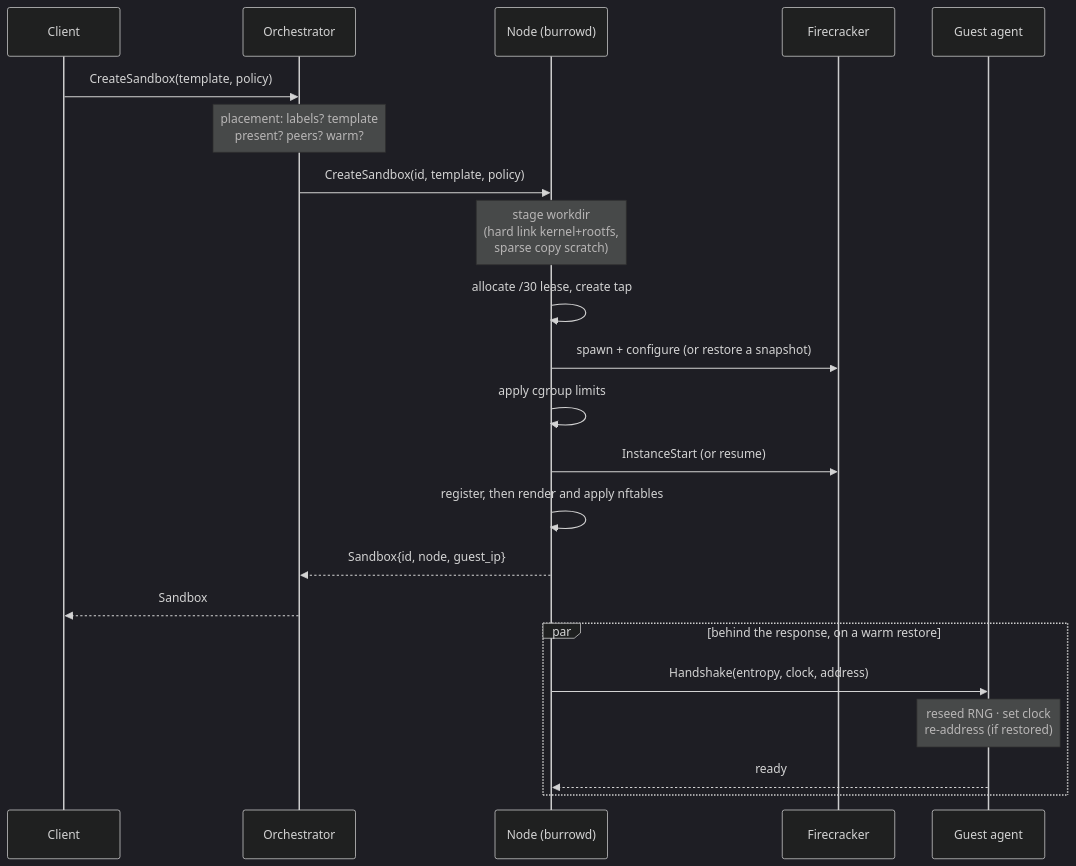
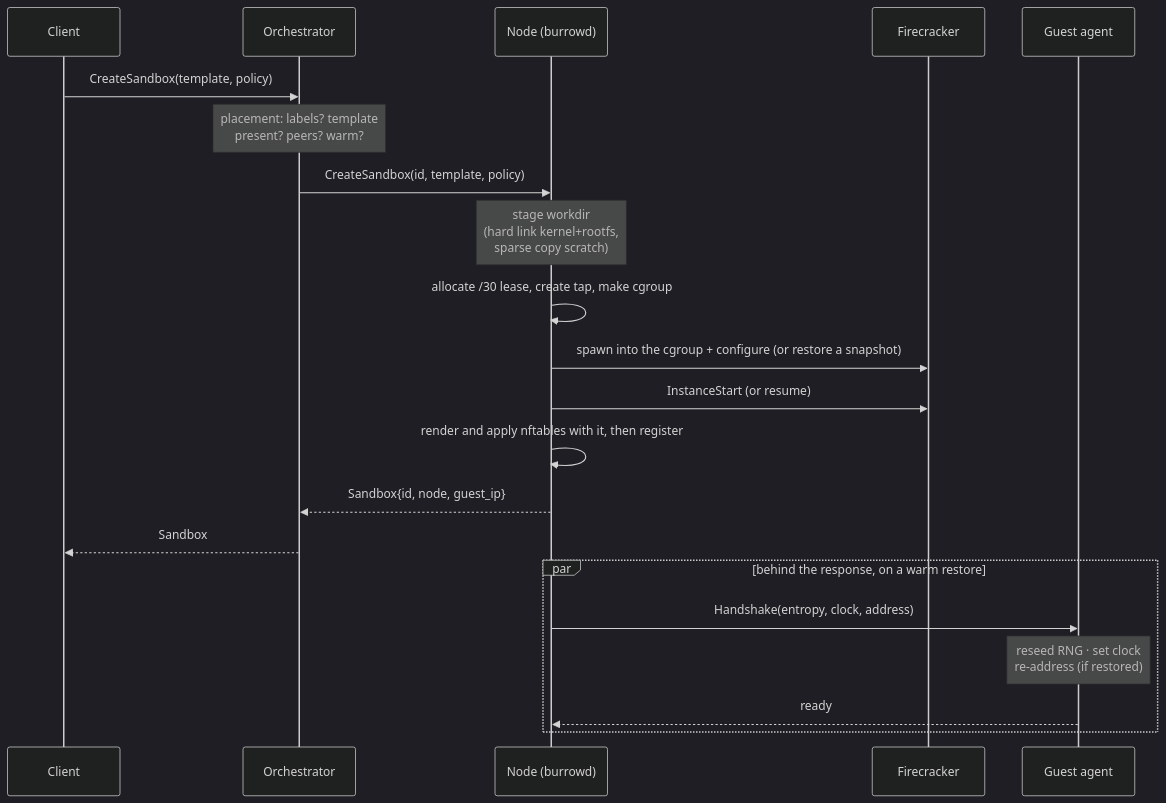
Before and after one commit to pixec/burrow: the second of 14 diagrams in docs/ARCHITECTURE.md, drawn with Mermaid (dark theme). The commit also changed other lines of this file and 156 other files, not shown here.

````diff
--- a/docs/ARCHITECTURE.md
+++ b/docs/ARCHITECTURE.md
@@ -158,25 +158,24 @@
 ```mermaid
 sequenceDiagram
     participant C as Client
     participant S as Orchestrator
     participant N as Node (burrowd)
     participant F as Firecracker
     participant A as Guest agent
 
     C->>S: CreateSandbox(template, policy)
     Note over S: placement: labels? template<br/>present? peers? warm?
     S->>N: CreateSandbox(id, template, policy)
     Note over N: stage workdir<br/>(hard link kernel+rootfs,<br/>sparse copy scratch)
-    N->>N: allocate /30 lease, create tap
-    N->>F: spawn + configure (or restore a snapshot)
-    N->>N: apply cgroup limits
+    N->>N: allocate /30 lease, create tap, make cgroup
+    N->>F: spawn into the cgroup + configure (or restore a snapshot)
     N->>F: InstanceStart (or resume)
-    N->>N: register, then render and apply nftables
+    N->>N: render and apply nftables with it, then register
     N-->>S: Sandbox{id, node, guest_ip}
     S-->>C: Sandbox
     par behind the response, on a warm restore
         N->>A: Handshake(entropy, clock, address)
         Note over A: reseed RNG · set clock<br/>re-address (if restored)
         A-->>N: ready
     end
 ```
````
